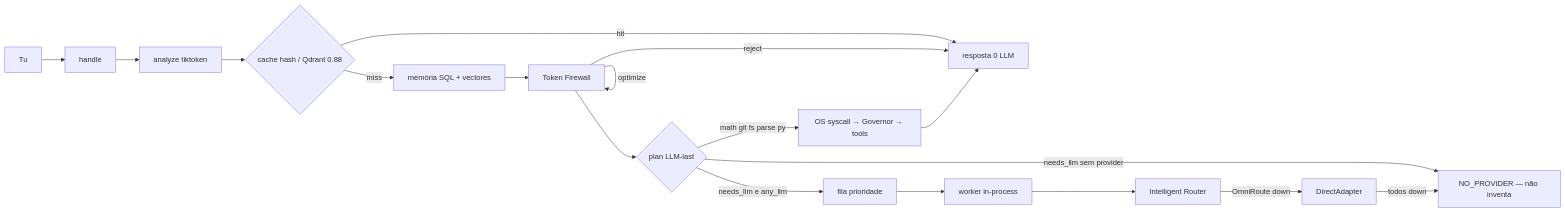
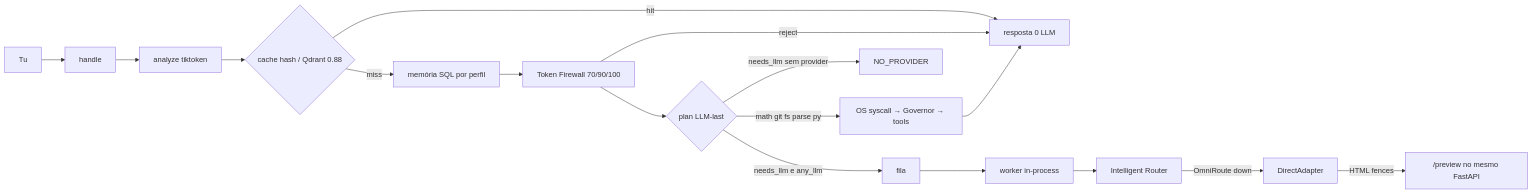
One commit to rpolicarpo100/GOD changed the diagram in ROADMAP.md. Above: the diagram before and after it, drawn with Mermaid. The commit also changed other lines of this file and 9 other files, not shown here.

First line of the commit message:
F13: repair MEASURED, memória por perfil, rollback, budget 70/90/100

````diff
--- a/ROADMAP.md
+++ b/ROADMAP.md
@@ -10,20 +10,19 @@
 ```mermaid
 flowchart LR
   U[Tu] --> H[handle]
   H --> A[analyze tiktoken]
   A --> C{cache hash / Qdrant 0.88}
   C -->|hit| OUT[resposta 0 LLM]
-  C -->|miss| M[memória SQL + vectores]
-  M --> FW[Token Firewall]
+  C -->|miss| M[memória SQL por perfil]
+  M --> FW[Token Firewall 70/90/100]
   FW -->|reject| OUT
-  FW -->|optimize| FW
   FW --> P{plan LLM-last}
   P -->|math git fs parse py| SY[OS syscall → Governor → tools]
   SY --> OUT
-  P -->|needs_llm e any_llm| Q[fila prioridade]
+  P -->|needs_llm e any_llm| Q[fila]
   Q --> W[worker in-process]
-  P -->|needs_llm sem provider| NP[NO_PROVIDER — não inventa]
+  P -->|needs_llm sem provider| NP[NO_PROVIDER]
   W --> R[Intelligent Router]
   R -->|OmniRoute down| D[DirectAdapter]
-  D -->|todos down| NP
+  D -->|HTML fences| PR["/preview no mesmo FastAPI"]
 ```
````
